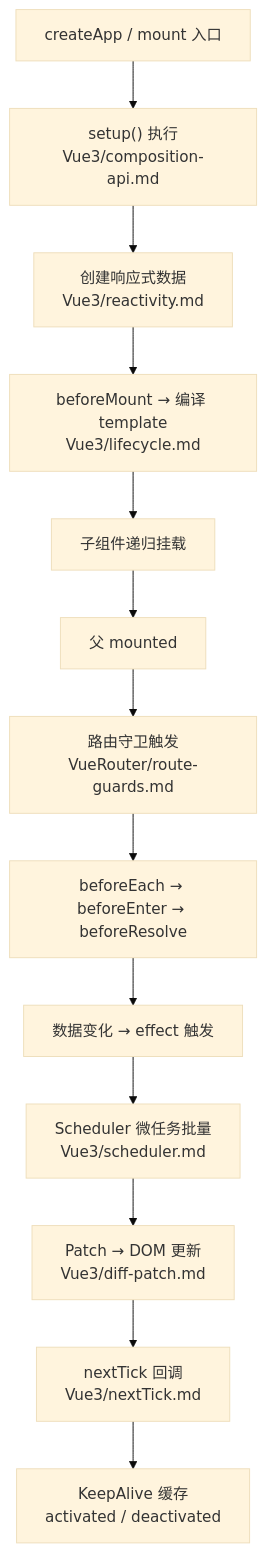
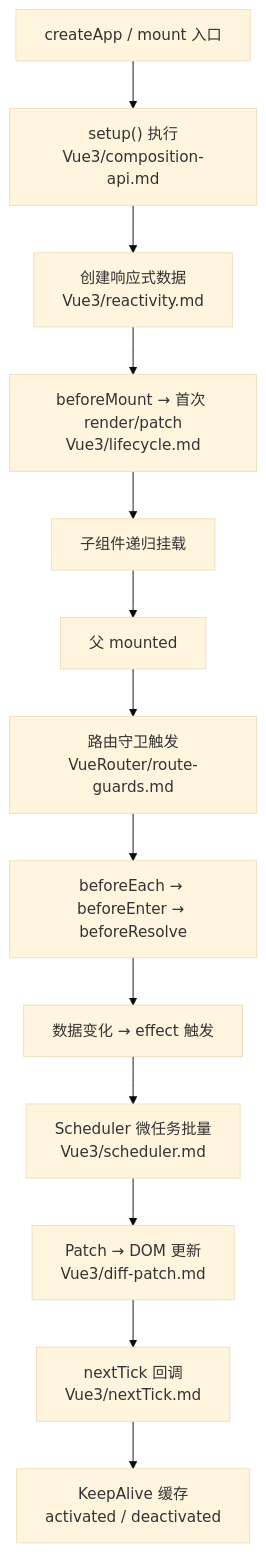
Before and after one commit to zjh42139/interview-notes: the second of 2 diagrams in docs/Vue3/vue3-full-pipeline.md, drawn with Mermaid (base theme). The commit also changed other lines of this file and 118 other files, not shown here.

````diff
--- a/docs/Vue3/vue3-full-pipeline.md
+++ b/docs/Vue3/vue3-full-pipeline.md
@@ -450,15 +453,15 @@
 ```mermaid
 flowchart TD
   A["createApp / mount 入口"] --> B["setup() 执行<br/>Vue3/composition-api.md"]
   B --> C["创建响应式数据<br/>Vue3/reactivity.md"]
-  C --> D["beforeMount → 编译 template<br/>Vue3/lifecycle.md"]
+  C --> D["beforeMount → 首次 render/patch<br/>Vue3/lifecycle.md"]
   D --> E["子组件递归挂载"]
   E --> F["父 mounted"]
   F --> G["路由守卫触发<br/>VueRouter/route-guards.md"]
   G --> H["beforeEach → beforeEnter → beforeResolve"]
   H --> I["数据变化 → effect 触发"]
   I --> J["Scheduler 微任务批量<br/>Vue3/scheduler.md"]
   J --> K["Patch → DOM 更新<br/>Vue3/diff-patch.md"]
   K --> L["nextTick 回调<br/>Vue3/nextTick.md"]
   L --> M["KeepAlive 缓存<br/>activated / deactivated"]
 ```
````
